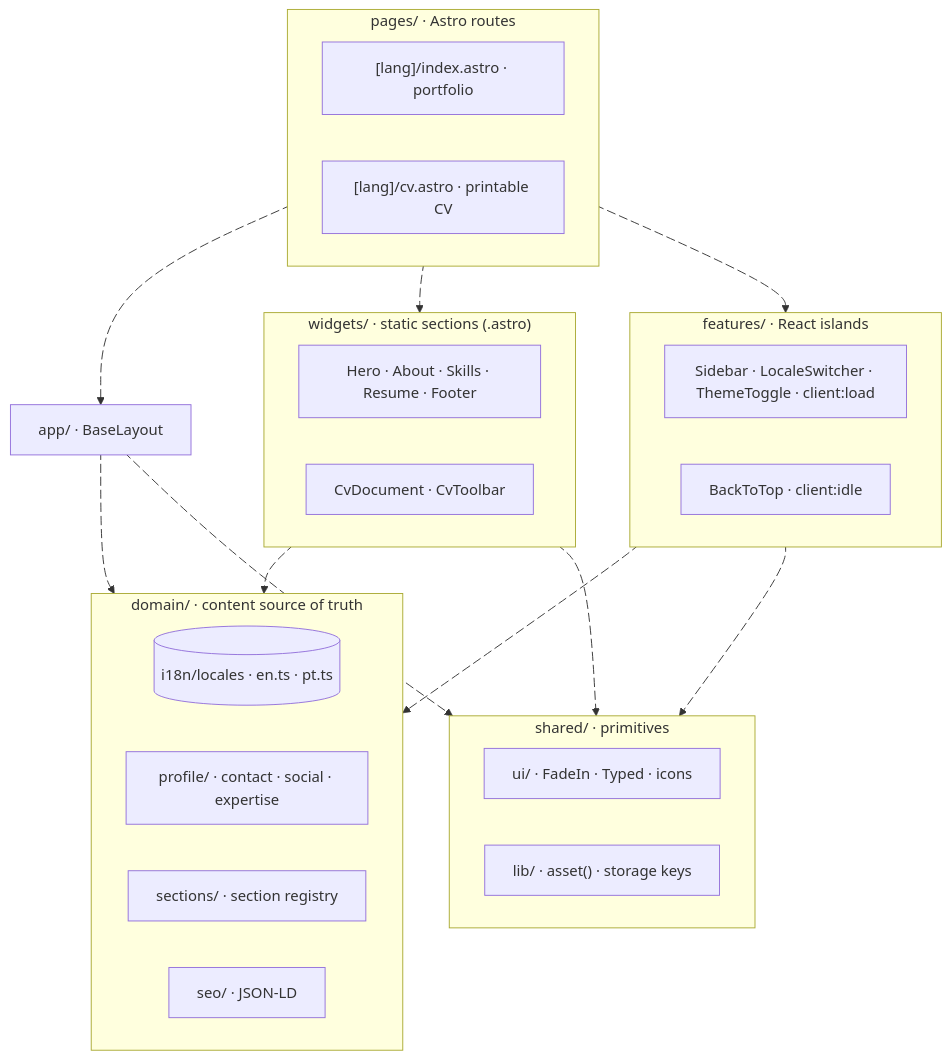
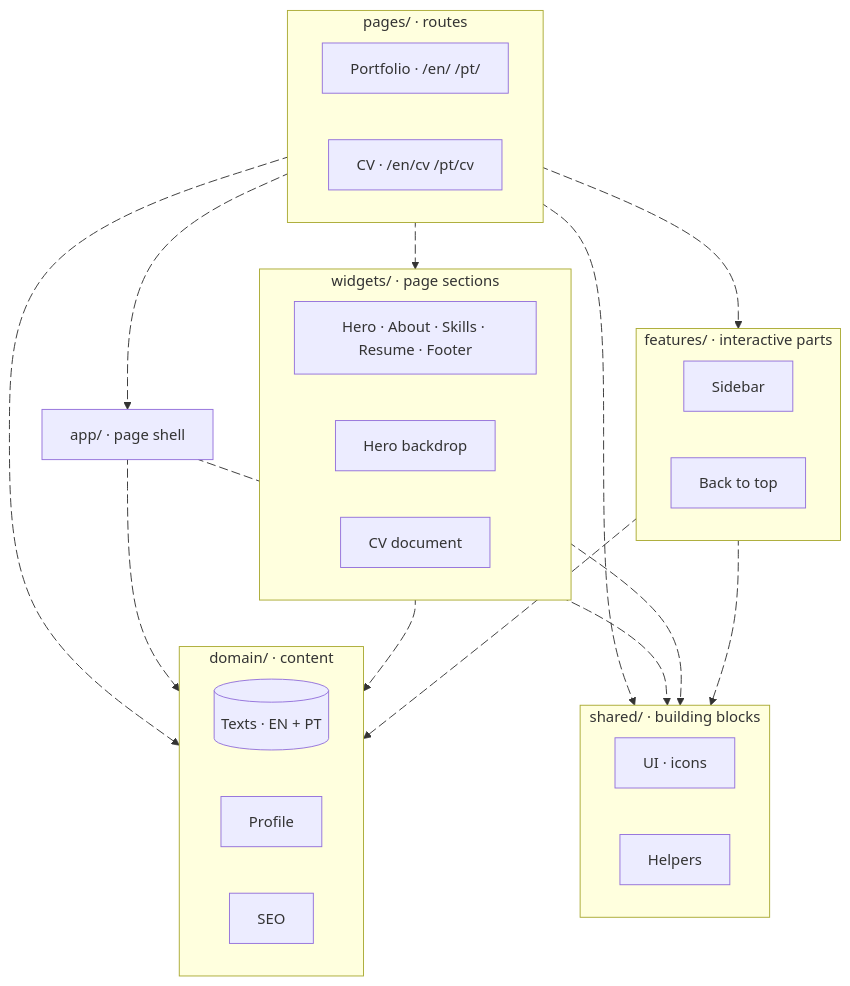
One commit to JohnsonMauro/johnson-portfolio changed the diagram in README.md. Above: the diagram before and after it, drawn with Mermaid. The commit also changed other lines of this file and 1 other file, not shown here.

````diff
--- a/README.md
+++ b/README.md
@@ -56,56 +61,60 @@
 ```mermaid
 flowchart TB
-  subgraph pages["pages/ · Astro routes"]
+  subgraph pages["pages/ · routes"]
     direction LR
-    portfolio["[lang]/index.astro · portfolio"]
-    cv["[lang]/cv.astro · printable CV"]
+    portfolio["Portfolio · /en/ /pt/"]
+    cv["CV · /en/cv /pt/cv"]
   end
 
-  app["app/ · BaseLayout"]
+  app["app/ · page shell"]
 
-  subgraph widgets["widgets/ · static sections (.astro)"]
+  subgraph widgets["widgets/ · page sections"]
     direction LR
     sections["Hero · About · Skills · Resume · Footer"]
-    cvdoc["CvDocument · CvToolbar"]
+    backdrop["Hero backdrop"]
+    cvdoc["CV document"]
   end
 
-  subgraph features["features/ · React islands"]
+  subgraph features["features/ · interactive parts"]
     direction LR
-    sidebar["Sidebar · LocaleSwitcher · ThemeToggle · client:load"]
-    backtotop["BackToTop · client:idle"]
+    sidebar["Sidebar"]
+    backtotop["Back to top"]
   end
 
-  subgraph domain["domain/ · content source of truth"]
+  subgraph domain["domain/ · content"]
     direction LR
-    locales[("i18n/locales · en.ts · pt.ts")]
-    profile["profile/ · contact · social · expertise"]
-    sectionsreg["sections/ · section registry"]
-    seo["seo/ · JSON-LD"]
+    locales[("Texts · EN + PT")]
+    profile["Profile"]
+    seo["SEO"]
   end
 
-  subgraph shared["shared/ · primitives"]
+  subgraph shared["shared/ · building blocks"]
     direction LR
-    ui["ui/ · FadeIn · Typed · icons"]
-    lib["lib/ · asset() · storage keys"]
+    ui["UI · icons"]
+    lib["Helpers"]
   end
 
   pages e1@--> app
   pages e2@--> widgets
   pages e3@--> features
-  app e4@--> domain
-  widgets e5@--> domain
-  features e6@--> domain
-  widgets e7@--> shared
-  features e8@--> shared
+  pages e4@--> domain
+  app e5@--> domain
+  widgets e6@--> domain
+  features e7@--> domain
+  pages e8@--> shared
   app e9@--> shared
+  widgets e10@--> shared
+  features e11@--> shared
 
   e1@{ animate: true }
   e2@{ animate: true }
   e3@{ animate: true }
   e4@{ animate: true }
   e5@{ animate: true }
   e6@{ animate: true }
   e7@{ animate: true }
   e8@{ animate: true }
   e9@{ animate: true }
+  e10@{ animate: true }
+  e11@{ animate: true }
 ```
````
